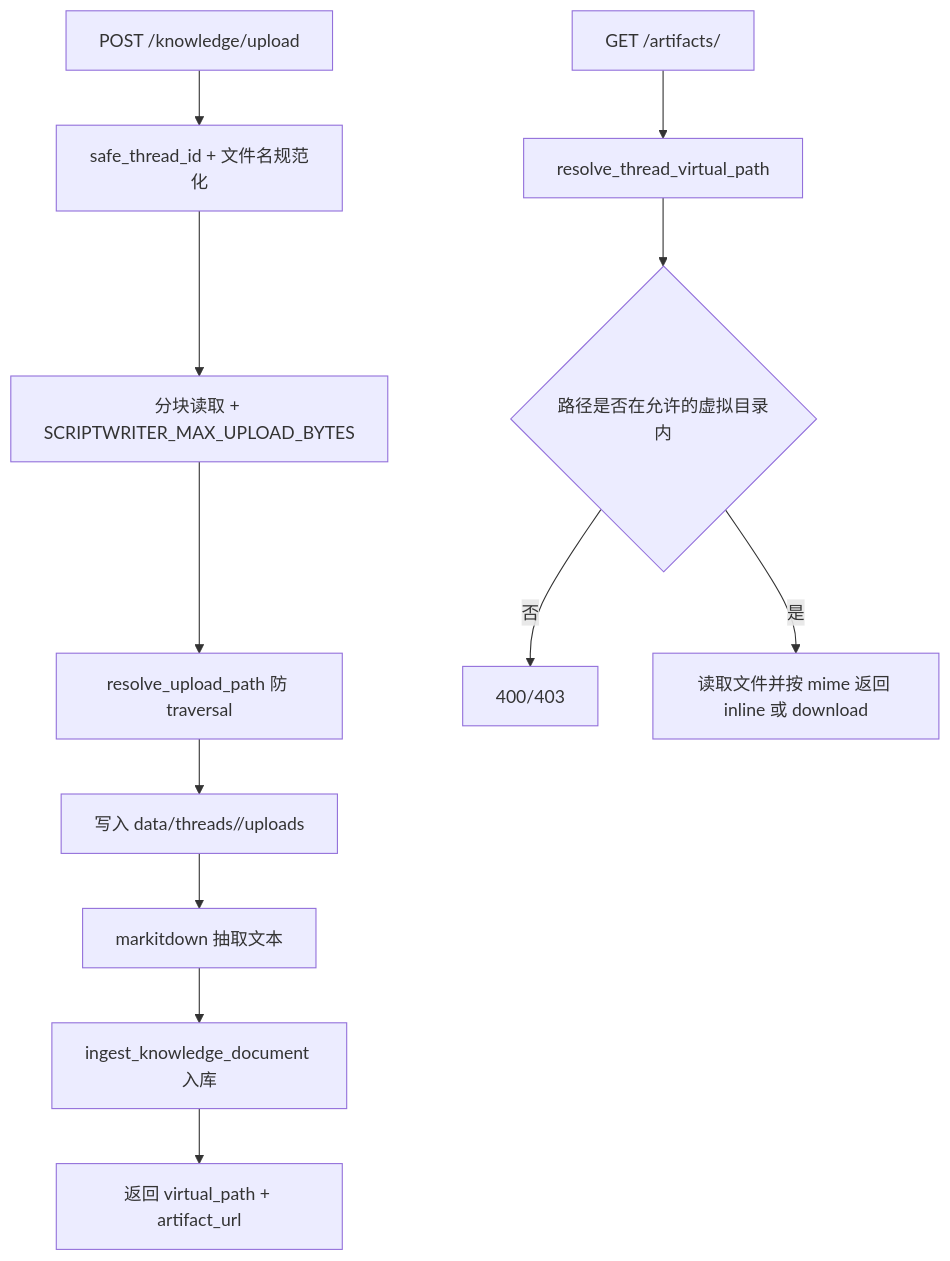
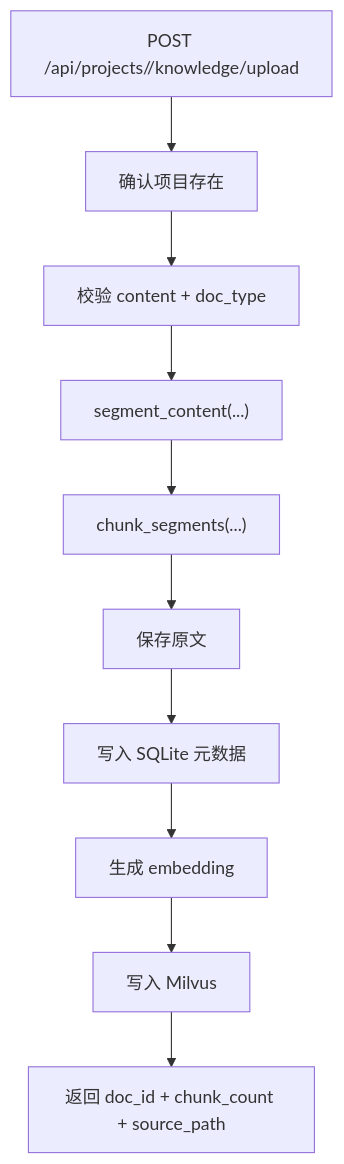
The third of 3 diagrams in docs/zh/architecture.md (isWangjianhua/ScriptWriter), drawn with Mermaid before and after one commit. The commit also changed other lines of this file and 13 other files, not shown here.

Commit message:
docs: Update documentation to reflect the new project-centric architecture and workflow.

````diff
--- a/docs/zh/architecture.md
+++ b/docs/zh/architecture.md
@@ -116,15 +104,12 @@
 ```mermaid
 flowchart TD
-    A["POST /knowledge/upload"] --> B["safe_thread_id + 文件名规范化"]
-    B --> C["分块读取 + SCRIPTWRITER_MAX_UPLOAD_BYTES"]
-    C --> D["resolve_upload_path 防 traversal"]
-    D --> E["写入 data/threads/<thread_id>/uploads"]
-    E --> F["markitdown 抽取文本"]
-    F --> G["ingest_knowledge_document 入库"]
-    G --> H["返回 virtual_path + artifact_url"]
-
-    I["GET /artifacts/<path>"] --> J["resolve_thread_virtual_path"]
-    J --> K{"路径是否在允许的虚拟目录内"}
-    K -- 否 --> L["400/403"]
-    K -- 是 --> M["读取文件并按 mime 返回 inline 或 download"]
+    A["POST /api/projects/<project_id>/knowledge/upload"] --> B["确认项目存在"]
+    B --> C["校验 content + doc_type"]
+    C --> D["segment_content(...)"]
+    D --> E["chunk_segments(...)"]
+    E --> F["保存原文"]
+    F --> G["写入 SQLite 元数据"]
+    G --> H["生成 embedding"]
+    H --> I["写入 Milvus"]
+    I --> J["返回 doc_id + chunk_count + source_path"]
 ```
````
